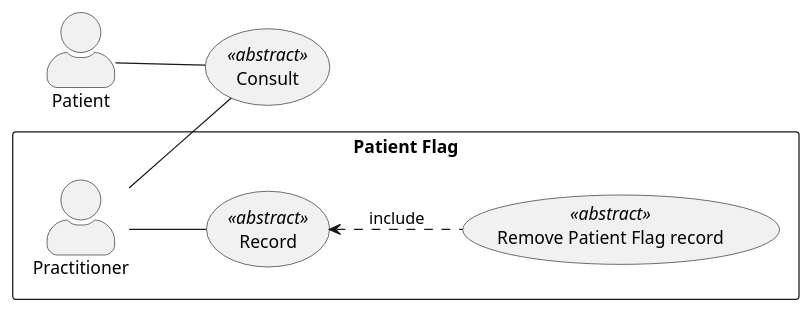
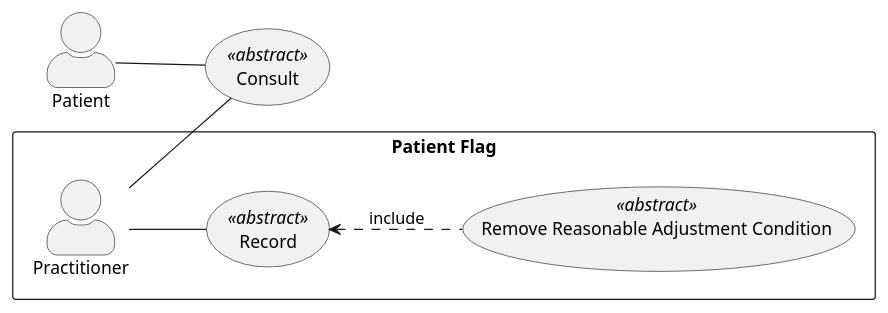
One commit to NHSDigital/ra-sandbox changed the diagram in input/images-source/remove-ra-condition-usecase.plantuml. Above: the diagram before and after it, drawn with PlantUML. The commit also changed 7 other files, not shown here.

```diff
--- a/input/images-source/remove-ra-condition-usecase.plantuml
+++ b/input/images-source/remove-ra-condition-usecase.plantuml
@@ -1,22 +1,22 @@
 @startuml
 
 skinparam actorStyle awesome
 left to right direction
 
 rectangle "Patient Flag"{
 actor Practitioner as pra
 usecase "Record" as record <<abstract>>
-usecase "Remove Patient Flag record" as rem <<abstract>>
+usecase "Remove Reasonable Adjustment Condition" as rem <<abstract>>
 }
 
 
 actor Patient as pat
 
 usecase "Consult" as consult <<abstract>>
 
 pat -- consult
 pra -- consult
 pra -- record
 record <.. rem : include
 
 @enduml
```
